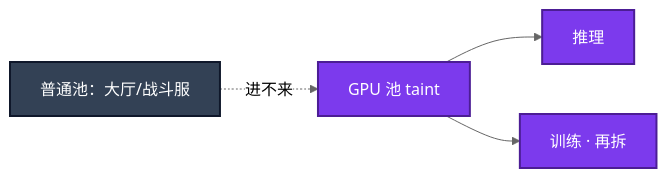
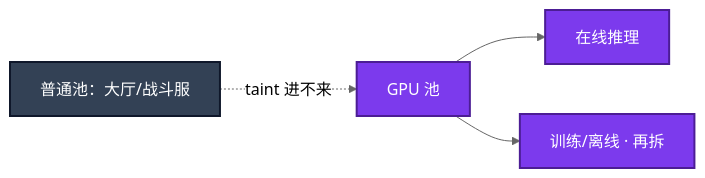
One commit to ml-cuizijun/LearnToLilith changed the first of 3 diagrams in 09-AI与智能运维/08-GPU与推理服务运维/练习题.md. Above: the diagram before and after it, drawn with Mermaid (neutral theme). The commit also changed other lines of this file and 213 other files, not shown here.

````diff
--- a/09-AI与智能运维/08-GPU与推理服务运维/练习题.md
+++ b/09-AI与智能运维/08-GPU与推理服务运维/练习题.md
@@ -41,10 +45,10 @@
 ```mermaid
 flowchart LR
-    a[普通池：大厅/战斗服] -.->|进不来| b[GPU 池 taint]
-    b --> c[推理]
-    b --> d[训练 · 再拆]
+    a[普通池：大厅/战斗服] -.->|taint 进不来| b[GPU 池]
+    b --> c[在线推理]
+    b --> d[训练/离线 · 再拆]
     classDef a fill:#334155,stroke:#0F172A,stroke-width:2px,color:#fff
     classDef b fill:#7C3AED,stroke:#4C1D95,stroke-width:2px,color:#fff
     class a a
     class b,c,d b
 ```
````
